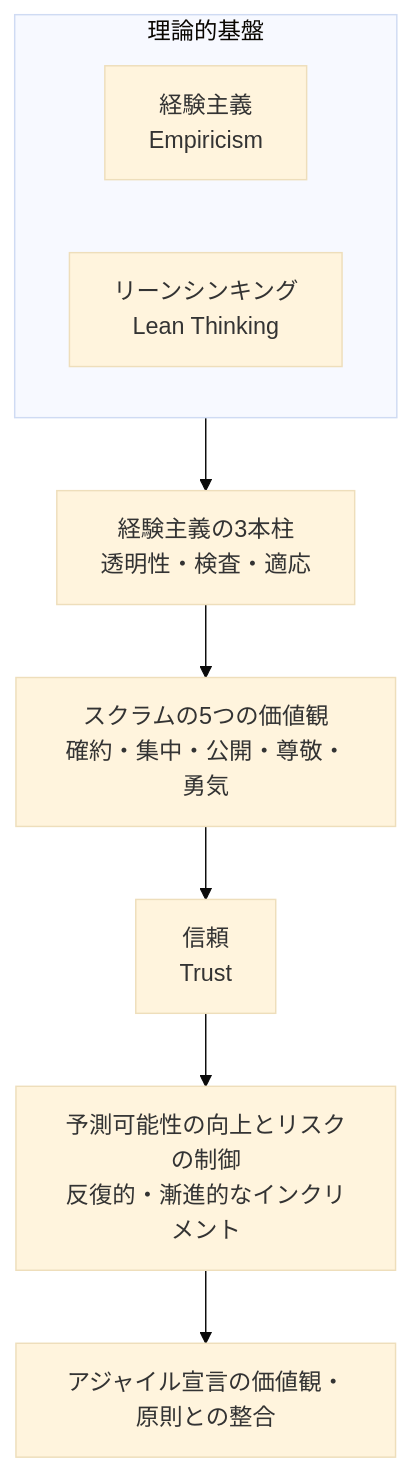
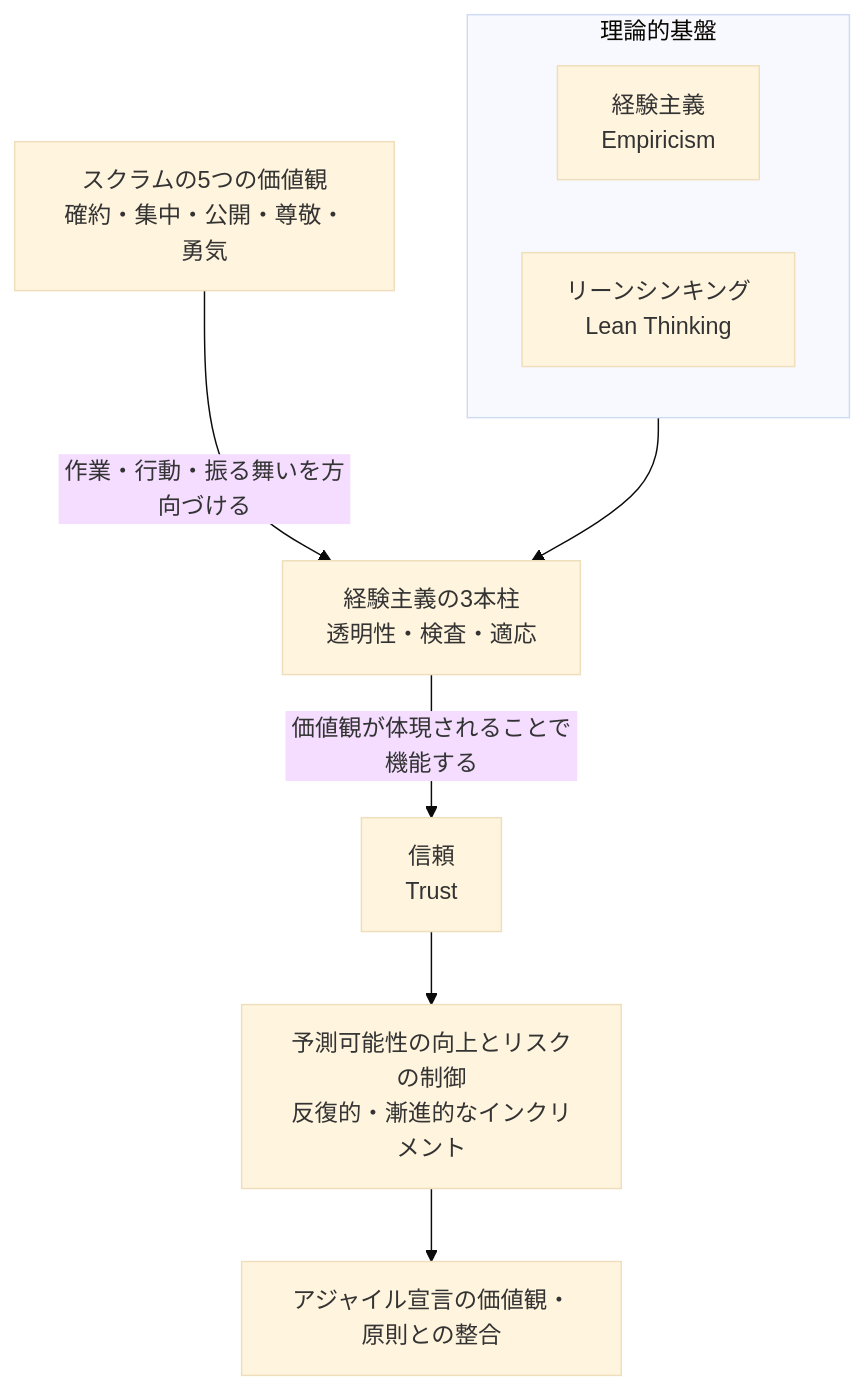
Before and after one commit to myoshi2891/Management-Team-Building-Studies: the fifth of 5 diagrams in Csm-scrum-theory-guide.md, drawn with Mermaid (base theme). The commit also changed other lines of this file and 6 other files, not shown here.

````diff
--- a/Csm-scrum-theory-guide.md
+++ b/Csm-scrum-theory-guide.md
@@ -338,12 +338,12 @@
 ```mermaid
 flowchart TB
     subgraph F["理論的基盤"]
         E["経験主義<br/>Empiricism"]
         L["リーンシンキング<br/>Lean Thinking"]
     end
     F --> P["経験主義の3本柱<br/>透明性・検査・適応"]
-    P --> V["スクラムの5つの価値観<br/>確約・集中・公開・尊敬・勇気"]
-    V --> TR["信頼<br/>Trust"]
+    V["スクラムの5つの価値観<br/>確約・集中・公開・尊敬・勇気"] -->|"作業・行動・振る舞いを方向づける"| P
+    P -->|"価値観が体現されることで機能する"| TR["信頼<br/>Trust"]
     TR --> O["予測可能性の向上とリスクの制御<br/>反復的・漸進的なインクリメント"]
     O --> AL["アジャイル宣言の価値観・原則との整合"]
 ```
````
